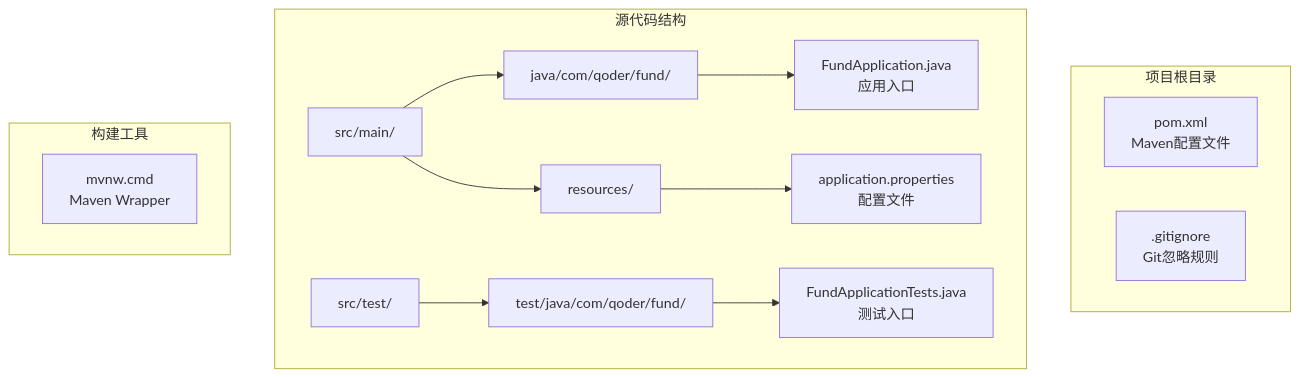
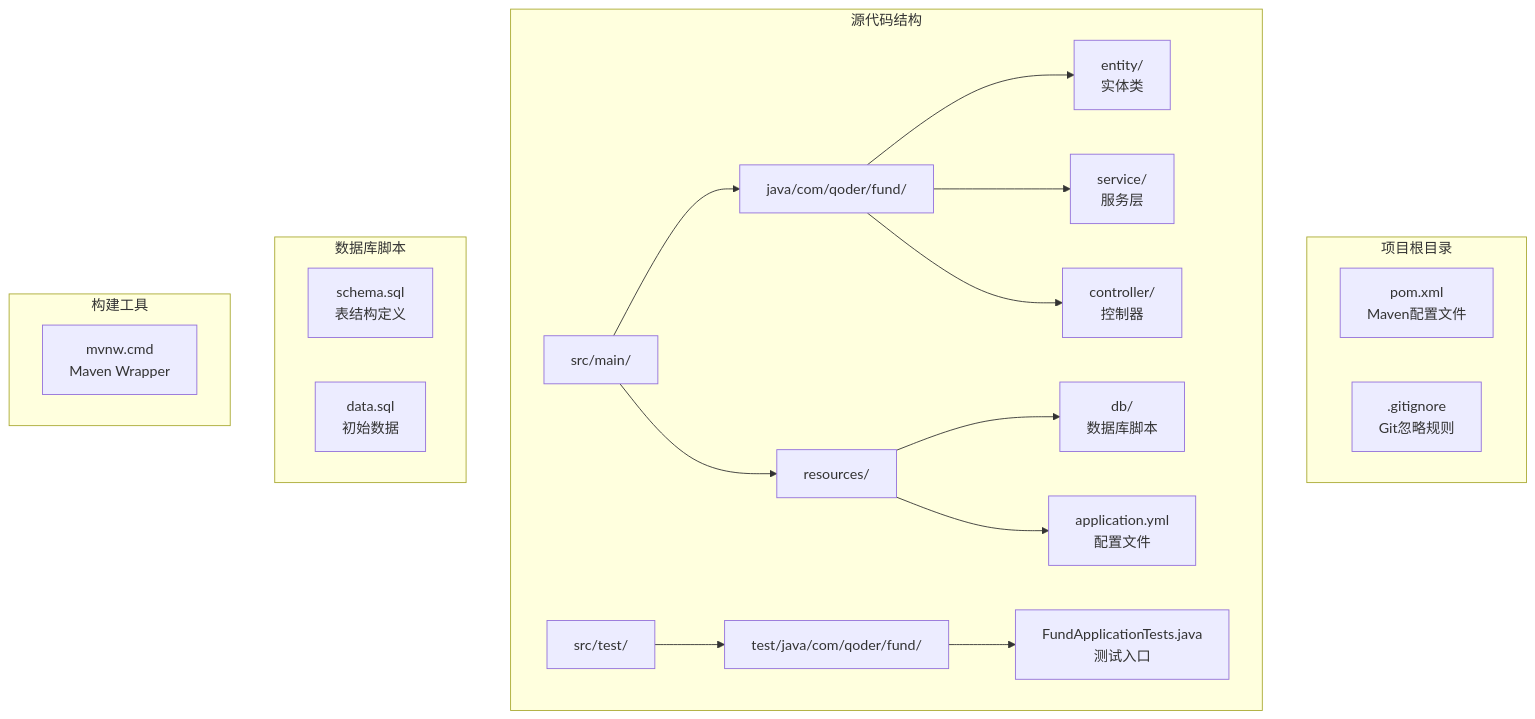
One commit to gree-coder/fund-butler changed the first of 9 diagrams in .qoder/repowiki/zh/content/核心功能开发/数据库集成.md. Above: the diagram before and after it, drawn with Mermaid. The commit also changed other lines of this file and 10 other files, not shown here.

````diff
--- a/.qoder/repowiki/zh/content/核心功能开发/数据库集成.md
+++ b/.qoder/repowiki/zh/content/核心功能开发/数据库集成.md
@@ -30,20 +39,27 @@
 ```mermaid
 graph TB
 subgraph "项目根目录"
 POM[pom.xml<br/>Maven配置文件]
 GIT[.gitignore<br/>Git忽略规则]
 end
 subgraph "源代码结构"
 MAIN[src/main/]
 TEST[src/test/]
 MAIN --> JAVA[java/com/qoder/fund/]
 MAIN --> RES[resources/]
 TEST --> TJAVA[test/java/com/qoder/fund/]
-JAVA --> APP[FundApplication.java<br/>应用入口]
-RES --> CONFIG[application.properties<br/>配置文件]
+JAVA --> ENTITY[entity/<br/>实体类]
+JAVA --> SERVICE[service/<br/>服务层]
+JAVA --> CONTROLLER[controller/<br/>控制器]
+RES --> DB[db/<br/>数据库脚本]
+RES --> CONFIG[application.yml<br/>配置文件]
 TJAVA --> TESTAPP[FundApplicationTests.java<br/>测试入口]
+end
+subgraph "数据库脚本"
+SCHEMA[schema.sql<br/>表结构定义]
+DATA[data.sql<br/>初始数据]
 end
 subgraph "构建工具"
 MVN[mvnw.cmd<br/>Maven Wrapper]
 end
 ```
````
